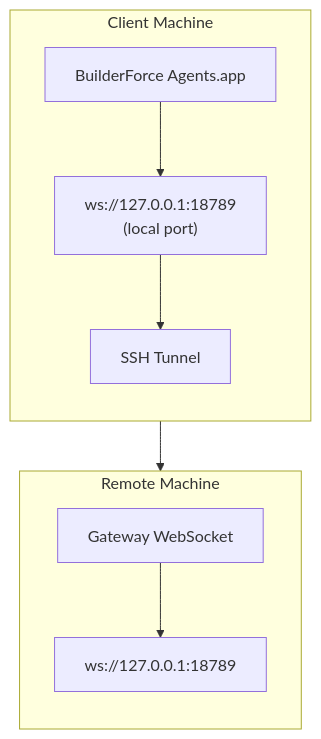
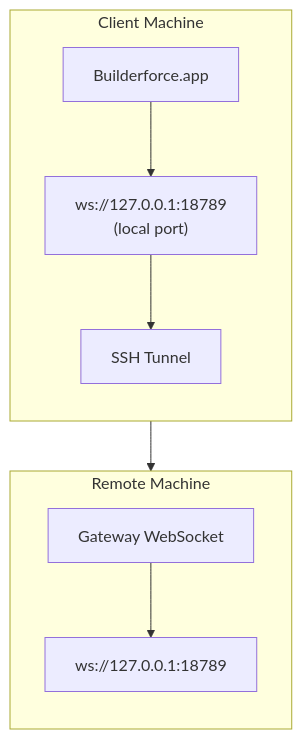
The diagram in docs-site/src/content/docs/gateway/remote-gateway-readme.md (SeanHogg/Builderforce.ai), drawn with Mermaid before and after one commit. The commit also changed other lines of this file and 174 other files, not shown here.

Commit message:
BuilderForce

````diff
--- a/docs-site/src/content/docs/gateway/remote-gateway-readme.md
+++ b/docs-site/src/content/docs/gateway/remote-gateway-readme.md
@@ -13,20 +13,20 @@
 ```mermaid
 flowchart TB
     subgraph Client["Client Machine"]
         direction TB
-        A["BuilderForce Agents.app"]
+        A["Builderforce.app"]
         B["ws://127.0.0.1:18789\n(local port)"]
         T["SSH Tunnel"]
 
         A --> B
         B --> T
     end
     subgraph Remote["Remote Machine"]
         direction TB
         C["Gateway WebSocket"]
         D["ws://127.0.0.1:18789"]
 
         C --> D
     end
     T --> C
 ```
````
